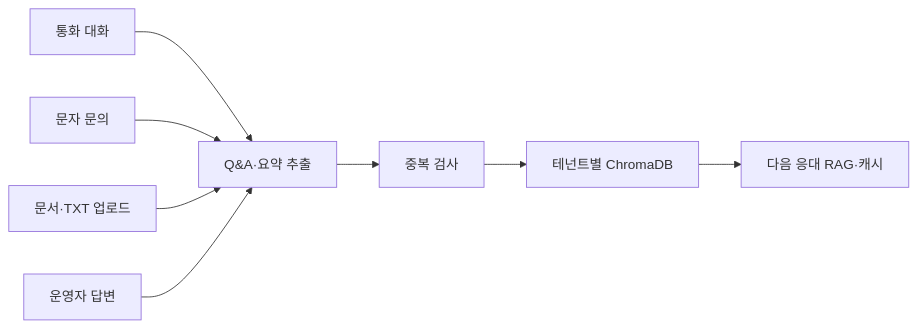
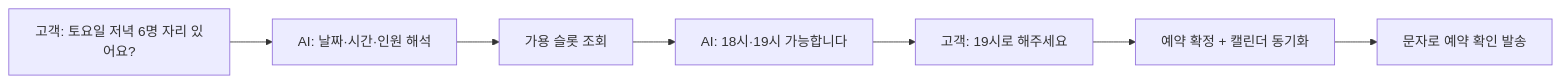
One commit to hak023/agentic_ai_callbot changed the third of 4 diagrams in docs/presentation/PROJECT_BRIEF.md. Above: the diagram before and after it, drawn with Mermaid. The commit also changed other lines of this file, not shown here.

````diff
--- a/docs/presentation/PROJECT_BRIEF.md
+++ b/docs/presentation/PROJECT_BRIEF.md
@@ -191,10 +192,9 @@
 ```mermaid
 flowchart LR
-    Call["통화 대화"] --> Extract["Q&A·요약 추출"]
-    Message["문자 문의"] --> Extract
-    Upload["문서·TXT 업로드"] --> Extract
-    HITL["운영자 답변"] --> Extract
-    Extract --> Dedup["중복 검사"]
-    Dedup --> KB["테넌트별 ChromaDB"]
-    KB --> RAG["다음 응대 RAG·캐시"]
+    Ask["고객: 토요일 저녁 6명 자리 있어요?"] --> Parse["AI: 날짜·시간·인원 해석"]
+    Parse --> Lookup["가용 슬롯 조회"]
+    Lookup --> Reply["AI: 18시·19시 가능합니다"]
+    Reply --> Pick["고객: 19시로 해주세요"]
+    Pick --> Create["예약 확정 + 캘린더 동기화"]
+    Create --> Notify["문자로 예약 확인 발송"]
 ```
````
